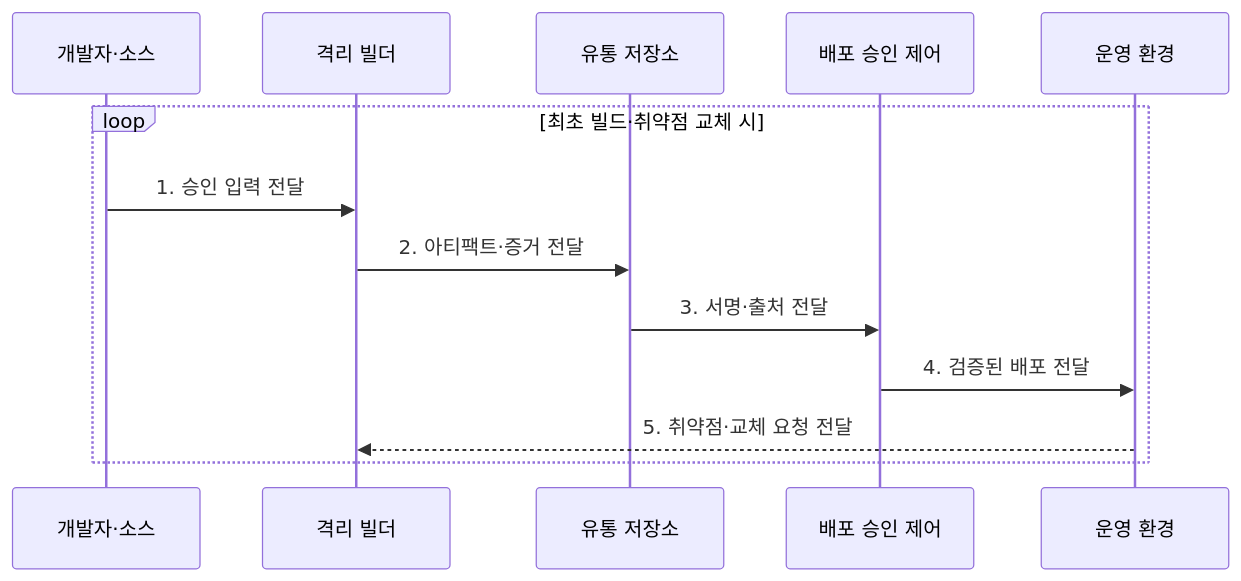
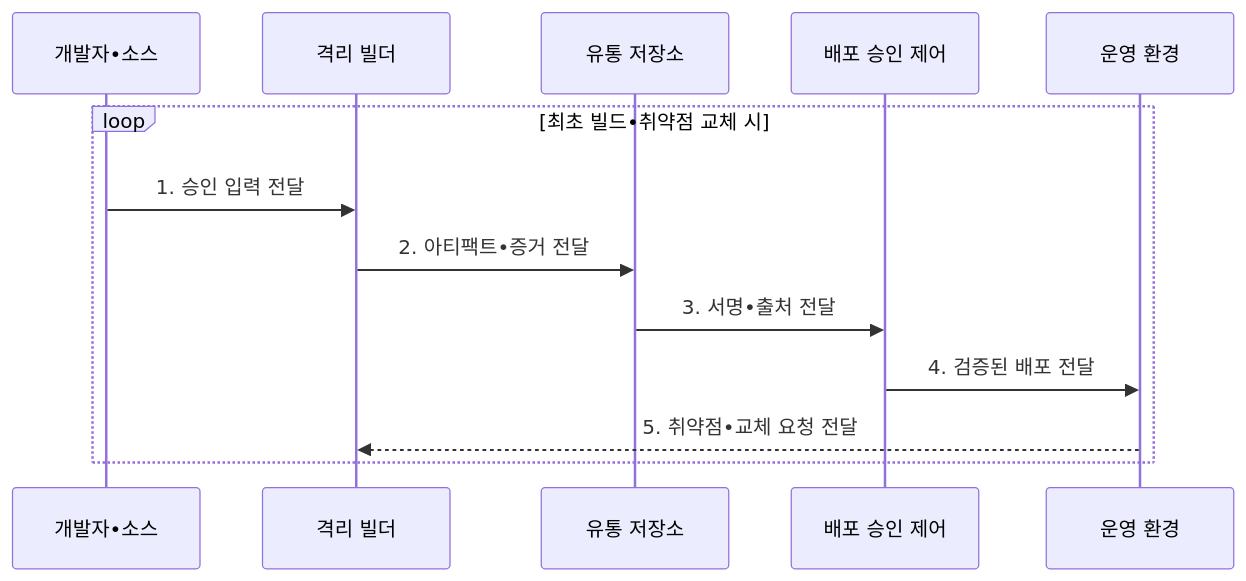
Before and after one commit to agnusdei1207/knowledge-base: the second of 2 diagrams in src/content/docs/notes/08-latest-tech/188_software_supply_chain_security.md, drawn with Mermaid. The commit also changed other lines of this file and 953 other files, not shown here.

````diff
--- a/src/content/docs/notes/08-latest-tech/188_software_supply_chain_security.md
+++ b/src/content/docs/notes/08-latest-tech/188_software_supply_chain_security.md
@@ -105,15 +105,15 @@
 ```mermaid
 sequenceDiagram
-    participant D as 개발자·소스
+    participant D as 개발자•소스
     participant B as 격리 빌더
     participant R as 유통 저장소
     participant A as 배포 승인 제어
     participant O as 운영 환경
-    loop 최초 빌드·취약점 교체 시
+    loop 최초 빌드•취약점 교체 시
         D->>B: 1. 승인 입력 전달
-        B->>R: 2. 아티팩트·증거 전달
-        R->>A: 3. 서명·출처 전달
+        B->>R: 2. 아티팩트•증거 전달
+        R->>A: 3. 서명•출처 전달
         A->>O: 4. 검증된 배포 전달
-        O-->>B: 5. 취약점·교체 요청 전달
+        O-->>B: 5. 취약점•교체 요청 전달
     end
 ```
````
